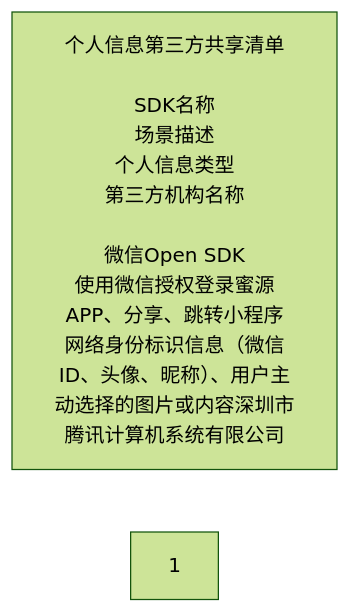
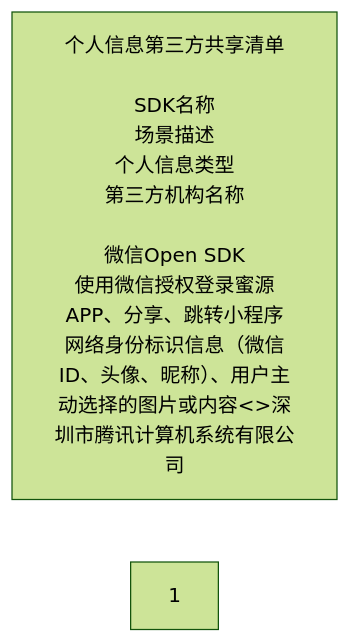
Before and after one commit to milaLIAN/iodraw-files: the diagram in all/未命名-5.md, drawn with Mermaid (forest theme).

Commit message:
2024-05-10 17:45:33 update

````diff
--- a/all/未命名-5.md
+++ b/all/未命名-5.md
@@ -1,7 +1,7 @@
 ```mermaid
 flowchart LR
 
-id1["个人信息第三方共享清单<br><br>SDK名称<br>场景描述<br>个人信息类型<br>第三方机构名称<br><br>微信Open SDK<br>使用微信授权登录蜜源APP、分享、跳转小程序<br>网络身份标识信息（微信ID、头像、昵称）、用户主动选择的图片或内容<th>深圳市腾讯计算机系统有限公司"]
+id1["个人信息第三方共享清单<br><br>SDK名称<br>场景描述<br>个人信息类型<br>第三方机构名称<br><br>微信Open SDK<br>使用微信授权登录蜜源APP、分享、跳转小程序<br>网络身份标识信息（微信ID、头像、昵称）、用户主动选择的图片或内容<>深圳市腾讯计算机系统有限公司"]
 
 id2["1"]
 ```
````
